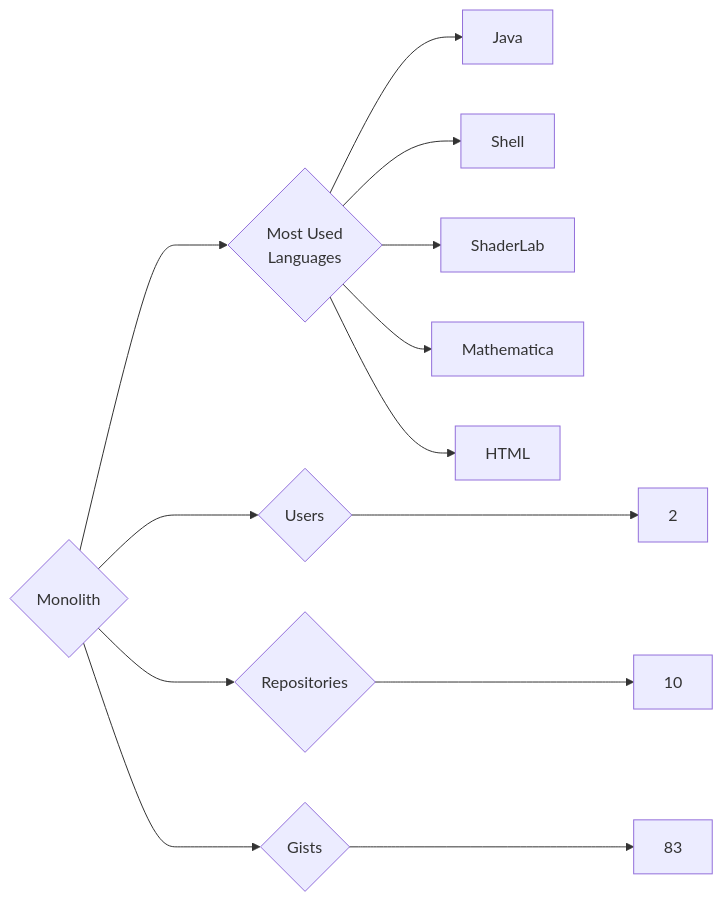
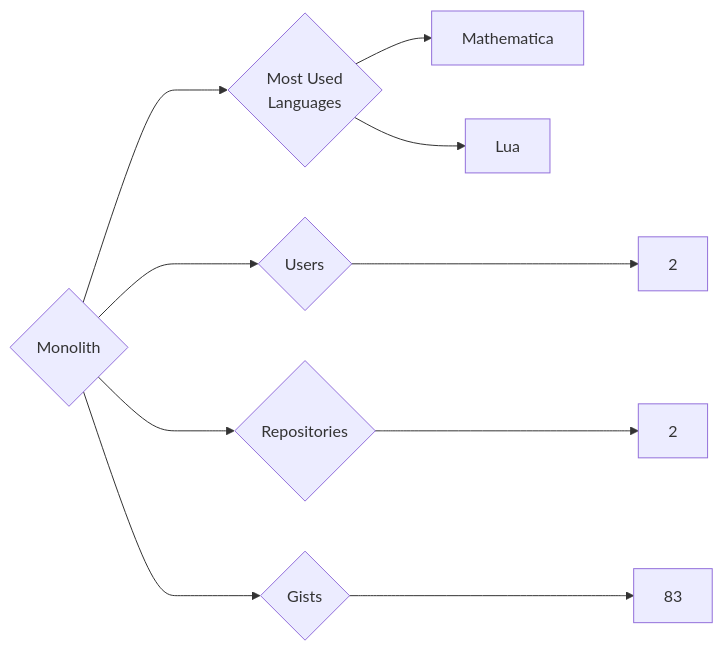
Before and after one commit to trickest/insiders: the diagram in targets/Monolith/README.md, drawn with Mermaid. The commit also changed 1496 other files, not shown here.

````diff
--- a/targets/Monolith/README.md
+++ b/targets/Monolith/README.md
@@ -3,13 +3,10 @@
 ```mermaid
 graph LR
 COMPANY_NAME{Monolith}
 COMPANY_NAME ---> U{Users} ---> UN[2]
-COMPANY_NAME ---> R{Repositories} ---> RN[10]
+COMPANY_NAME ---> R{Repositories} ---> RN[2]
 COMPANY_NAME ---> G{Gists} ---> GN[83]
 COMPANY_NAME ---> ML{Most Used<br>Languages}
-ML --> Java[Java]
-ML --> Shell[Shell]
-ML --> ShaderLab[ShaderLab]
 ML --> Mathematica[Mathematica]
-ML --> HTML[HTML]
+ML --> Lua[Lua]
 ```
````
